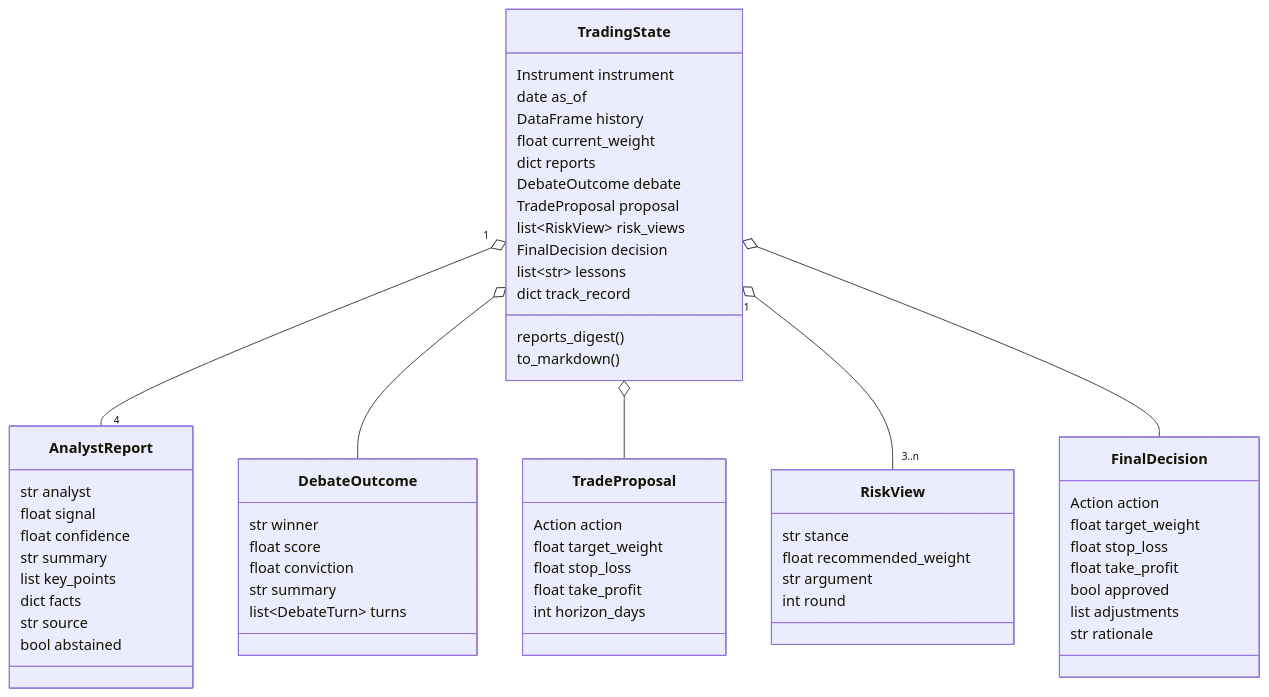
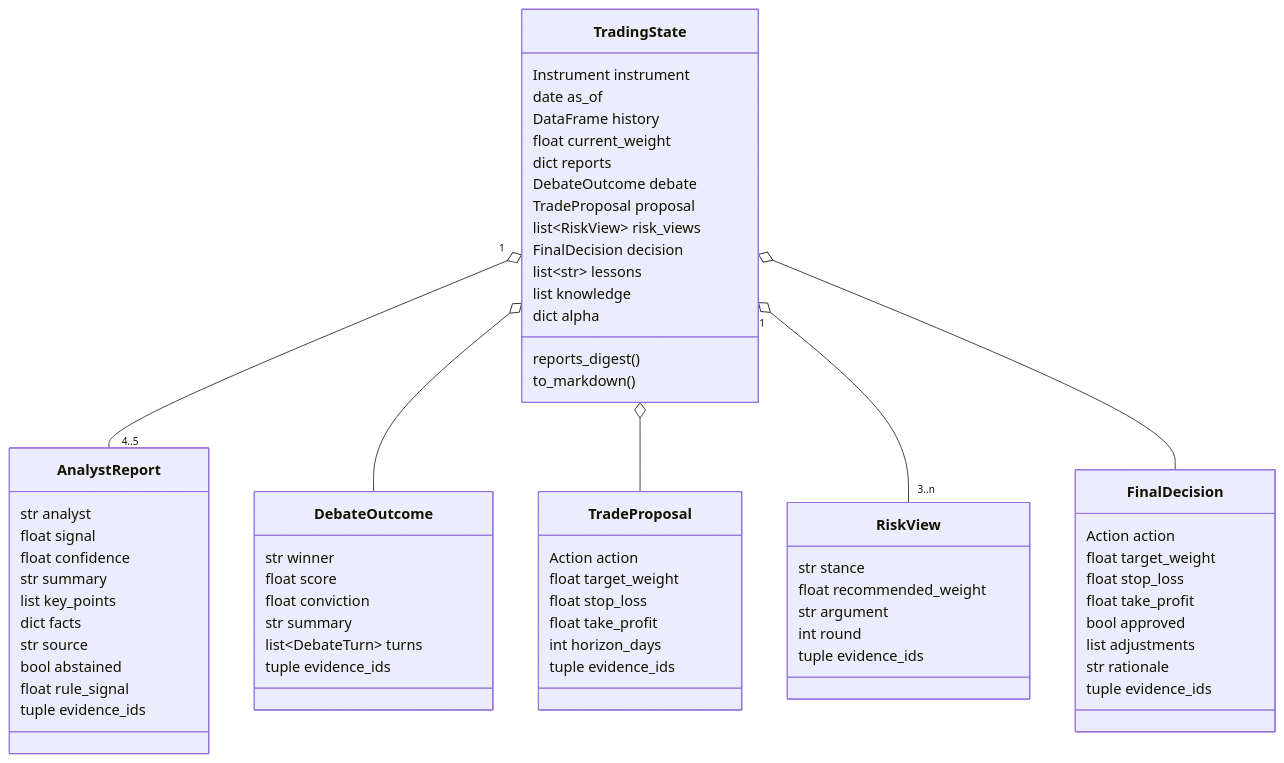
One commit to AshJha0/agentic-trader changed the third of 24 diagrams in docs/DIAGRAMS.md. Above: the diagram before and after it, drawn with Mermaid. The commit also changed other lines of this file and 70 other files, not shown here.

````diff
--- a/docs/DIAGRAMS.md
+++ b/docs/DIAGRAMS.md
@@ -122,62 +95,69 @@
 ```mermaid
 classDiagram
     class TradingState {
         Instrument instrument
         date as_of
         DataFrame history
         float current_weight
         dict reports
         DebateOutcome debate
         TradeProposal proposal
         list~RiskView~ risk_views
         FinalDecision decision
         list~str~ lessons
-        dict track_record
+        list knowledge
+        dict alpha
         reports_digest()
         to_markdown()
     }
     class AnalystReport {
         str analyst
         float signal
         float confidence
         str summary
         list key_points
         dict facts
         str source
         bool abstained
+        float rule_signal
+        tuple evidence_ids
     }
     class DebateOutcome {
         str winner
         float score
         float conviction
         str summary
         list~DebateTurn~ turns
+        tuple evidence_ids
     }
     class TradeProposal {
         Action action
         float target_weight
         float stop_loss
         float take_profit
         int horizon_days
+        tuple evidence_ids
     }
     class RiskView {
         str stance
         float recommended_weight
         str argument
         int round
+        tuple evidence_ids
     }
     class FinalDecision {
         Action action
         float target_weight
         float stop_loss
         float take_profit
         bool approved
         list adjustments
         str rationale
+        tuple evidence_ids
     }
-    TradingState "1" o-- "4" AnalystReport
+    TradingState "1" o-- "4..5" AnalystReport
     TradingState o-- DebateOutcome
     TradingState o-- TradeProposal
     TradingState "1" o-- "3..n" RiskView
     TradingState o-- FinalDecision
 ```
````
